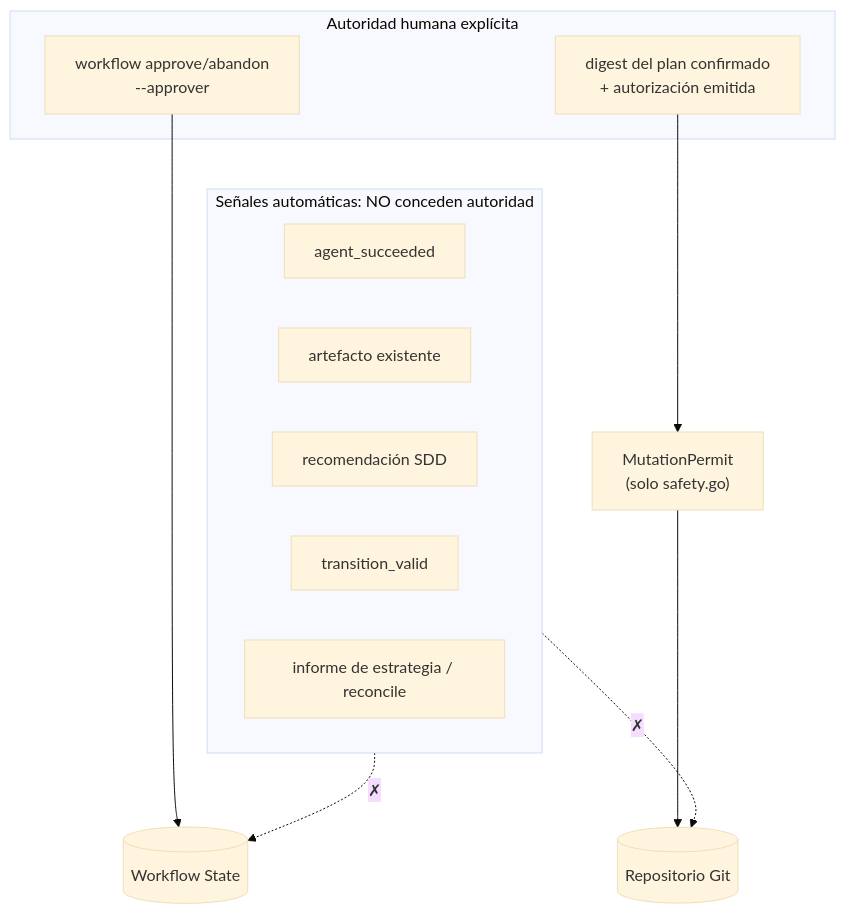
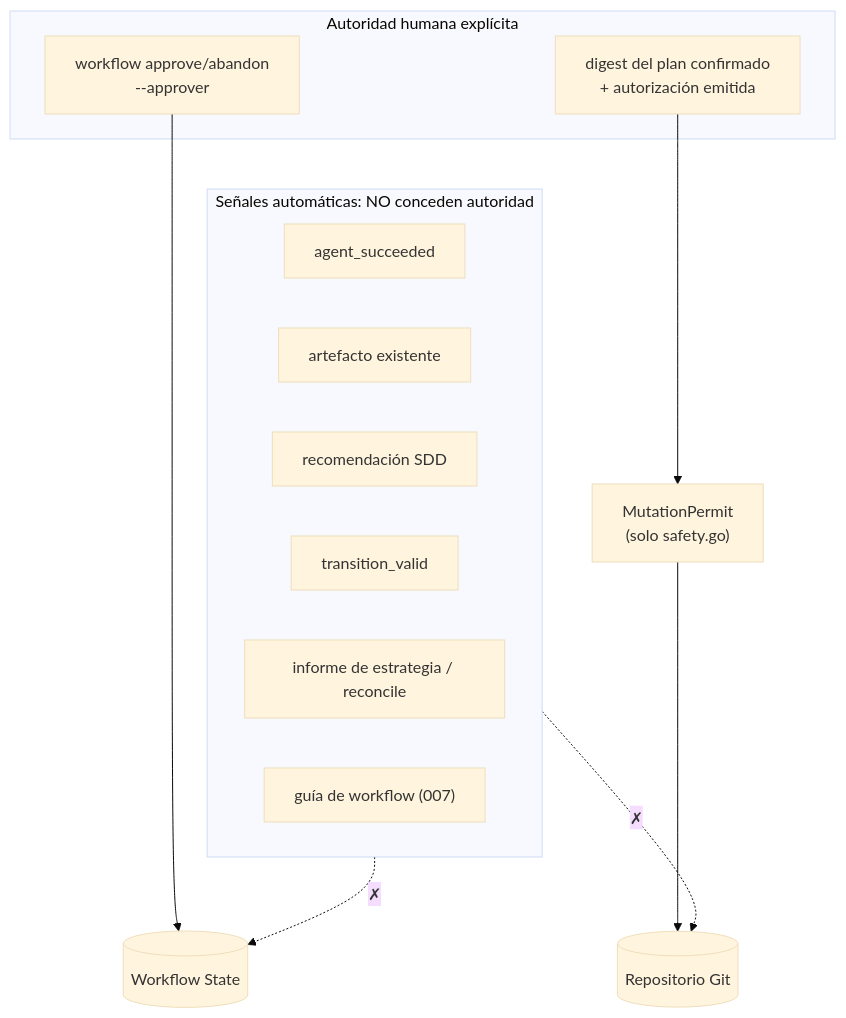
Before and after one commit to germanmunozs/ai-dev: diagram 14 of 15 in README.md, drawn with Mermaid (base theme). The commit also changed other lines of this file and 3 other files, not shown here.

````diff
--- a/README.md
+++ b/README.md
@@ -592,18 +632,19 @@
 ```mermaid
 flowchart TB
     subgraph signals["Señales automáticas: NO conceden autoridad"]
         s1["agent_succeeded"]
         s2["artefacto existente"]
         s3["recomendación SDD"]
         s4["transition_valid"]
         s5["informe de estrategia / reconcile"]
+        s6["guía de workflow (007)"]
     end
     subgraph authority["Autoridad humana explícita"]
         h1["workflow approve/abandon<br/>--approver"]
         h2["digest del plan confirmado<br/>+ autorización emitida"]
     end
     h1 --> ws[("Workflow State")]
     h2 --> permit["MutationPermit<br/>(solo safety.go)"] --> repo[("Repositorio Git")]
     signals -. "✗" .-> ws
     signals -. "✗" .-> repo
 ```
````
